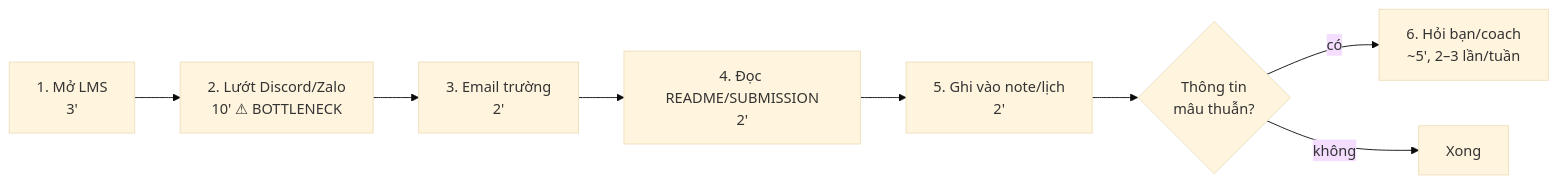
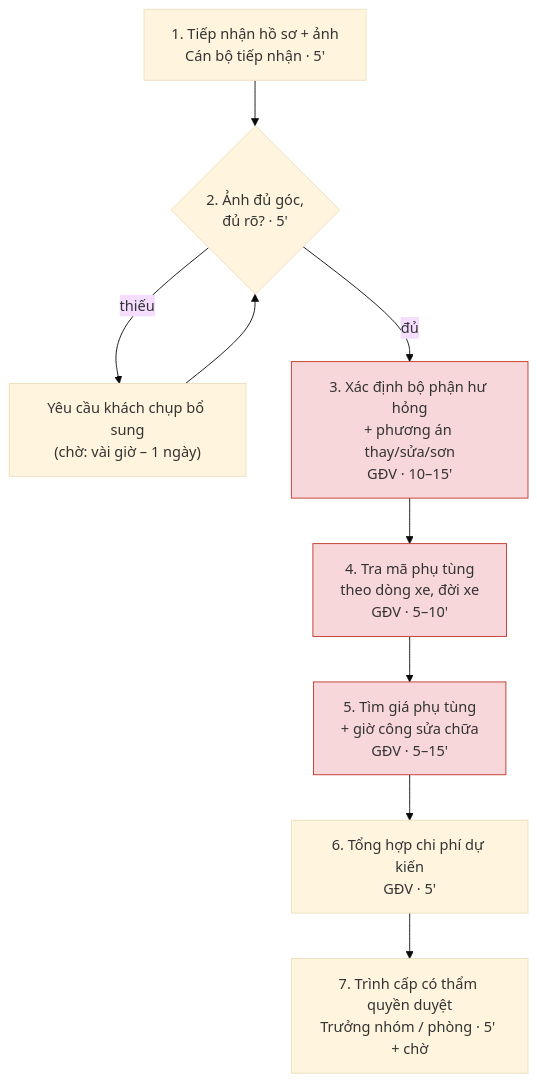
The first of 2 diagrams in report/team/group_report.md (Ama2352/K5-L3B-DAY02-NhomCold-DiscoveryProblemFraming), drawn with Mermaid (base theme) before and after one commit. The commit also changed other lines of this file and 2 other files, not shown here.

````diff
--- a/report/team/group_report.md
+++ b/report/team/group_report.md
@@ -147,10 +127,15 @@
 ```mermaid
-flowchart LR
-  A[1. Mở LMS<br/>3'] --> B[2. Lướt Discord/Zalo<br/>10' ⚠ BOTTLENECK]
-  B --> C[3. Email trường<br/>2']
-  C --> D[4. Đọc README/SUBMISSION<br/>2']
-  D --> E[5. Ghi vào note/lịch<br/>2']
-  E --> F{Thông tin<br/>mâu thuẫn?}
-  F -- có --> G[6. Hỏi bạn/coach<br/>~5', 2–3 lần/tuần]
-  F -- không --> H[Xong]
+flowchart TD
+  A["1. Tiếp nhận hồ sơ + ảnh<br/>Cán bộ tiếp nhận · 5'"] --> B{"2. Ảnh đủ góc,<br/>đủ rõ? · 5'"}
+  B -- "thiếu" --> B2["Yêu cầu khách chụp bổ sung<br/>(chờ: vài giờ – 1 ngày)"]
+  B2 --> B
+  B -- "đủ" --> C["3. Xác định bộ phận hư hỏng<br/>+ phương án thay/sửa/sơn<br/>GĐV · 10–15'"]
+  C --> D["4. Tra mã phụ tùng<br/>theo dòng xe, đời xe<br/>GĐV · 5–10'"]
+  D --> E["5. Tìm giá phụ tùng<br/>+ giờ công sửa chữa<br/>GĐV · 5–15'"]
+  E --> F["6. Tổng hợp chi phí dự kiến<br/>GĐV · 5'"]
+  F --> G["7. Trình cấp có thẩm quyền duyệt<br/>Trưởng nhóm / phòng · 5' + chờ"]
+
+  style C fill:#f8d7da,stroke:#c0392b
+  style D fill:#f8d7da,stroke:#c0392b
+  style E fill:#f8d7da,stroke:#c0392b
 ```
````
